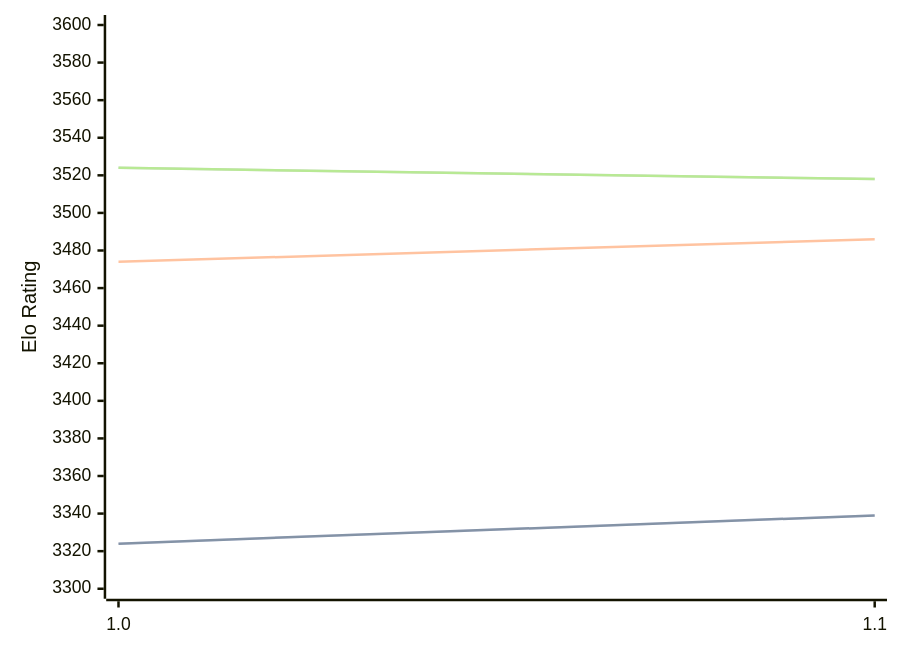
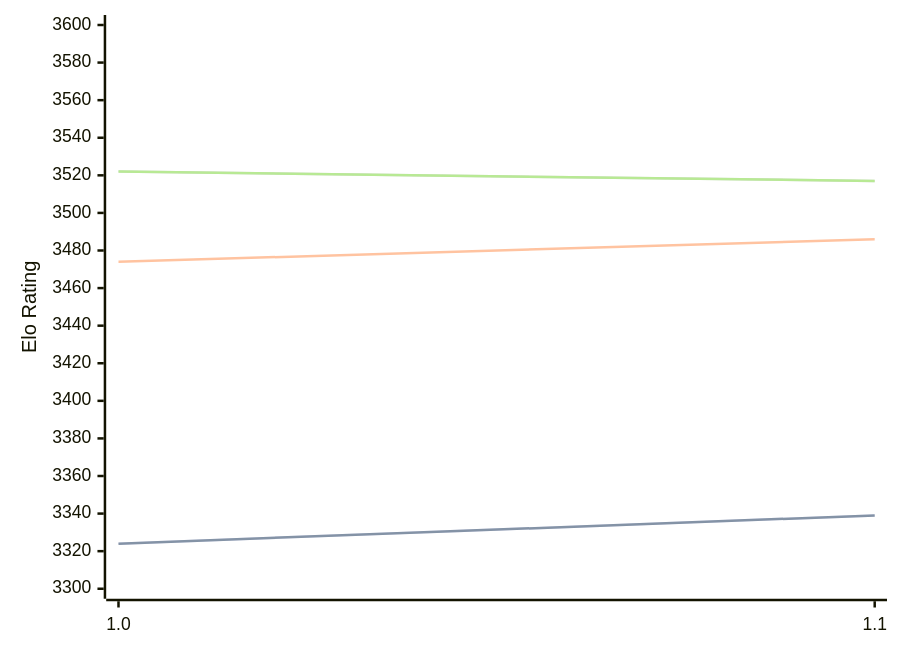
Before and after one commit to computer-chess-index/cci: the first of 3 diagrams in engines/Horsie.md, drawn with Mermaid. The commit also changed other lines of this file, not shown here.

Commit message:
Update CCI Ratings (ELO VLTC) - 2026-07-06

````diff
--- a/engines/Horsie.md
+++ b/engines/Horsie.md
@@ -32,11 +32,11 @@
 ```mermaid
 %%{init: {"theme":"base","themeVariables":{"seriesColors:['#a3a3a3','#222221','#faa371']}}}%%
 xychart-beta
   x-axis ["1.0", "1.1"]
   y-axis "Elo Rating" 3300 --> 3600
   line "STC (8.0+0.08s)" [3324, 3339]
   line "STC (8.0+0.08s)" [3324, 3339]
   line "LTC (60.0+0.60s)" [3474, 3486]
-  line "VLTC (2m24s+1.12s)" [3524, 3518]
-  line "VLTC (2m24s+1.12s)" [3524, 3518]
+  line "VLTC (2m24s+1.12s)" [3522, 3517]
+  line "VLTC (2m24s+1.12s)" [3522, 3517]
 ```
````
